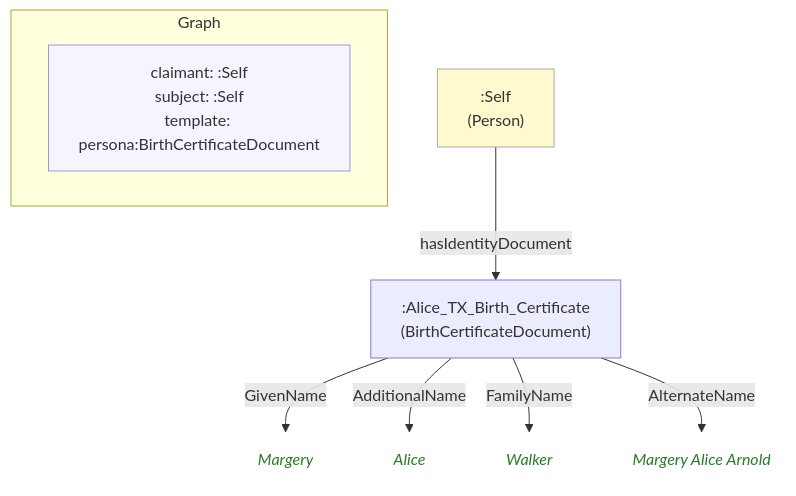
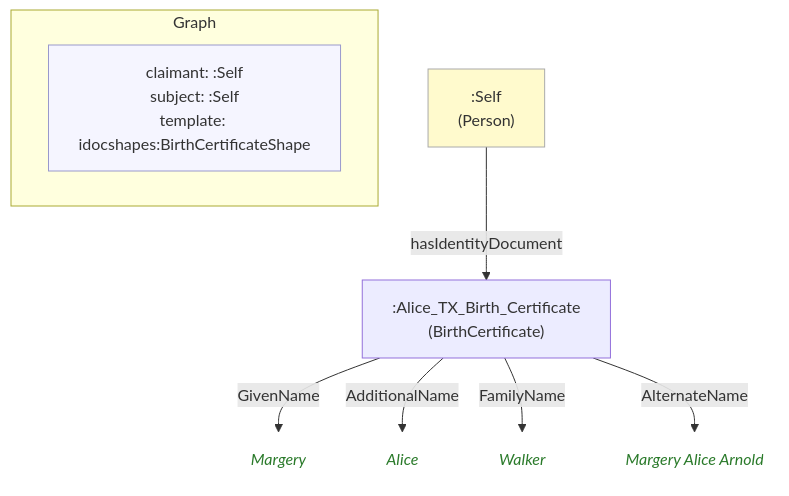
The diagram in example/graphs/images/graph-78.mmd (MeeFoundation/mia-ontologies), drawn with Mermaid before and after one commit. The commit also changed 170 other files, not shown here.

```diff
--- a/example/graphs/images/graph-78.mmd
+++ b/example/graphs/images/graph-78.mmd
@@ -1,23 +1,23 @@
 flowchart TD
     classDef person fill:#fffacd,stroke:#aaa,color:#333
     classDef org    fill:#cce5ff,stroke:#aaa,color:#333
     classDef lit    fill:none,stroke:none,font-style:italic,color:#2a7a2a
     classDef meta   fill:#f5f5ff,stroke:#9999cc,color:#333
 
     subgraph ctx["Graph"]
         direction LR
-        ctx_meta["claimant: :Self\nsubject: :Self\ntemplate: persona:BirthCertificateDocument"]:::meta
+        ctx_meta["claimant: :Self\nsubject: :Self\ntemplate: idocshapes:BirthCertificateShape"]:::meta
     end
 
-    n0b5b9e968f7f[":Alice_TX_Birth_Certificate\n(BirthCertificateDocument)"]
-    n1052faeb0396("Margery"):::lit
-    n4bbd3d75a70d("Alice"):::lit
-    n3f2e20583c8e("Walker"):::lit
-    n5735d23baa80("Margery Alice Arnold"):::lit
+    n0b5b9e968f7f[":Alice_TX_Birth_Certificate\n(BirthCertificate)"]
+    neecb0fd36634("Margery"):::lit
+    n60c44b92a4b6("Alice"):::lit
+    nb09f78bda351("Walker"):::lit
+    n3a2d898c5115("Margery Alice Arnold"):::lit
     ne0c3ba92f1db[":Self\n(Person)"]:::person
 
-    n0b5b9e968f7f -->|"GivenName"| n1052faeb0396
-    n0b5b9e968f7f -->|"AdditionalName"| n4bbd3d75a70d
-    n0b5b9e968f7f -->|"FamilyName"| n3f2e20583c8e
-    n0b5b9e968f7f -->|"AlternateName"| n5735d23baa80
+    n0b5b9e968f7f -->|"GivenName"| neecb0fd36634
+    n0b5b9e968f7f -->|"AdditionalName"| n60c44b92a4b6
+    n0b5b9e968f7f -->|"FamilyName"| nb09f78bda351
+    n0b5b9e968f7f -->|"AlternateName"| n3a2d898c5115
     ne0c3ba92f1db -->|"hasIdentityDocument"| n0b5b9e968f7f
```
